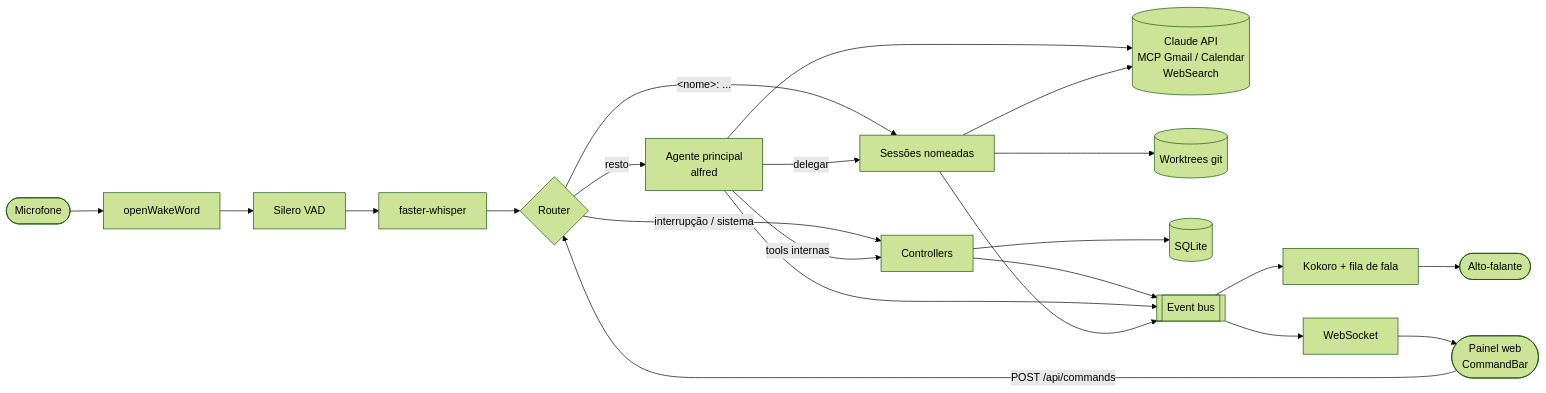
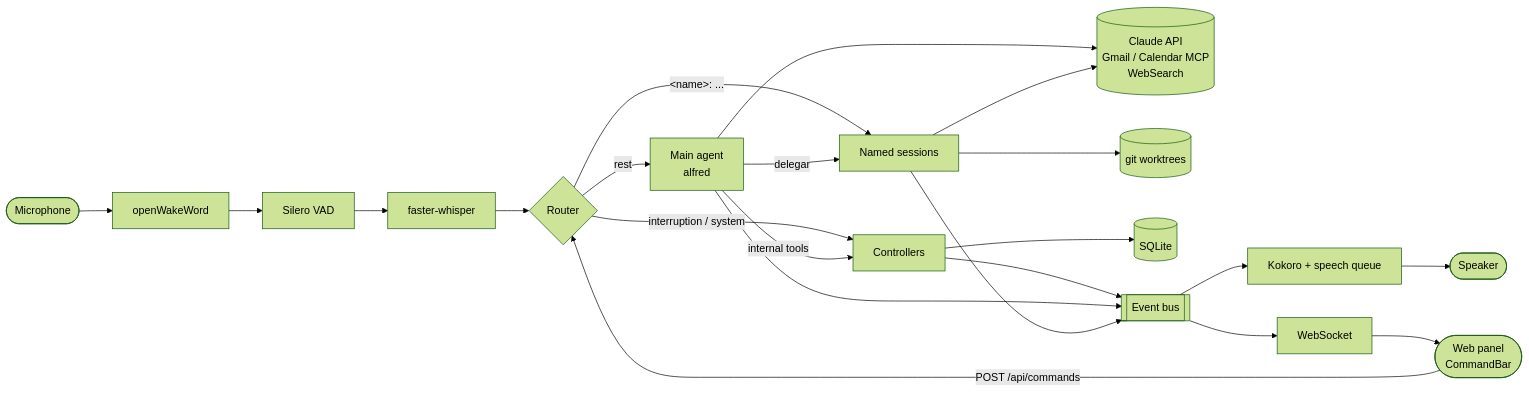
Before and after one commit to NavesDev/AlfredAgent: the first of 5 diagrams in docs/ARCHITECTURE.md, drawn with Mermaid (forest theme). The commit also changed other lines of this file and 22 other files, not shown here.

First line of the commit message:
docs: translate specs, requirements, architecture, design and ADRs to English

````diff
--- a/docs/ARCHITECTURE.md
+++ b/docs/ARCHITECTURE.md
@@ -9,28 +9,28 @@
 ```mermaid
 flowchart LR
-    mic([Microfone]) --> ww[openWakeWord]
+    mic([Microphone]) --> ww[openWakeWord]
     ww --> vad[Silero VAD]
     vad --> stt[faster-whisper]
     stt --> router{Router}
-    web([Painel web<br/>CommandBar]) -->|POST /api/commands| router
+    web([Web panel<br/>CommandBar]) -->|POST /api/commands| router
 
-    router -->|interrupção / sistema| ctrl[Controllers]
-    router -->|"&lt;nome&gt;: ..."| sess[Sessões nomeadas]
-    router -->|resto| alfred[Agente principal<br/>alfred]
+    router -->|interruption / system| ctrl[Controllers]
+    router -->|"&lt;name&gt;: ..."| sess[Named sessions]
+    router -->|rest| alfred[Main agent<br/>alfred]
 
-    alfred -->|tools internas| ctrl
+    alfred -->|internal tools| ctrl
     alfred -->|delegar| sess
-    alfred --> cloud[(Claude API<br/>MCP Gmail / Calendar<br/>WebSearch)]
+    alfred --> cloud[(Claude API<br/>Gmail / Calendar MCP<br/>WebSearch)]
     sess --> cloud
-    sess --> repo[(Worktrees git)]
+    sess --> repo[(git worktrees)]
 
     ctrl --> db[(SQLite)]
     ctrl --> bus[[Event bus]]
     alfred --> bus
     sess --> bus
 
-    bus --> talker[Kokoro + fila de fala]
+    bus --> talker[Kokoro + speech queue]
     bus --> ws[WebSocket]
-    talker --> spk([Alto-falante])
+    talker --> spk([Speaker])
     ws --> web
 ```
````
